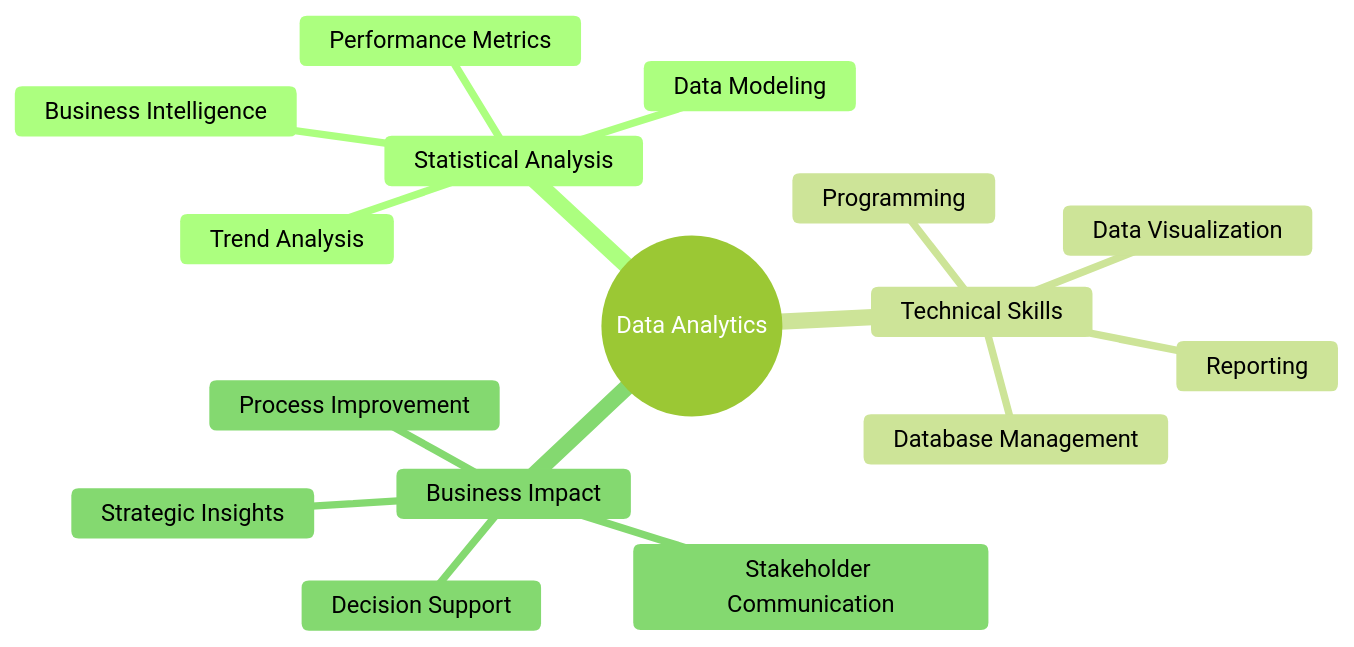
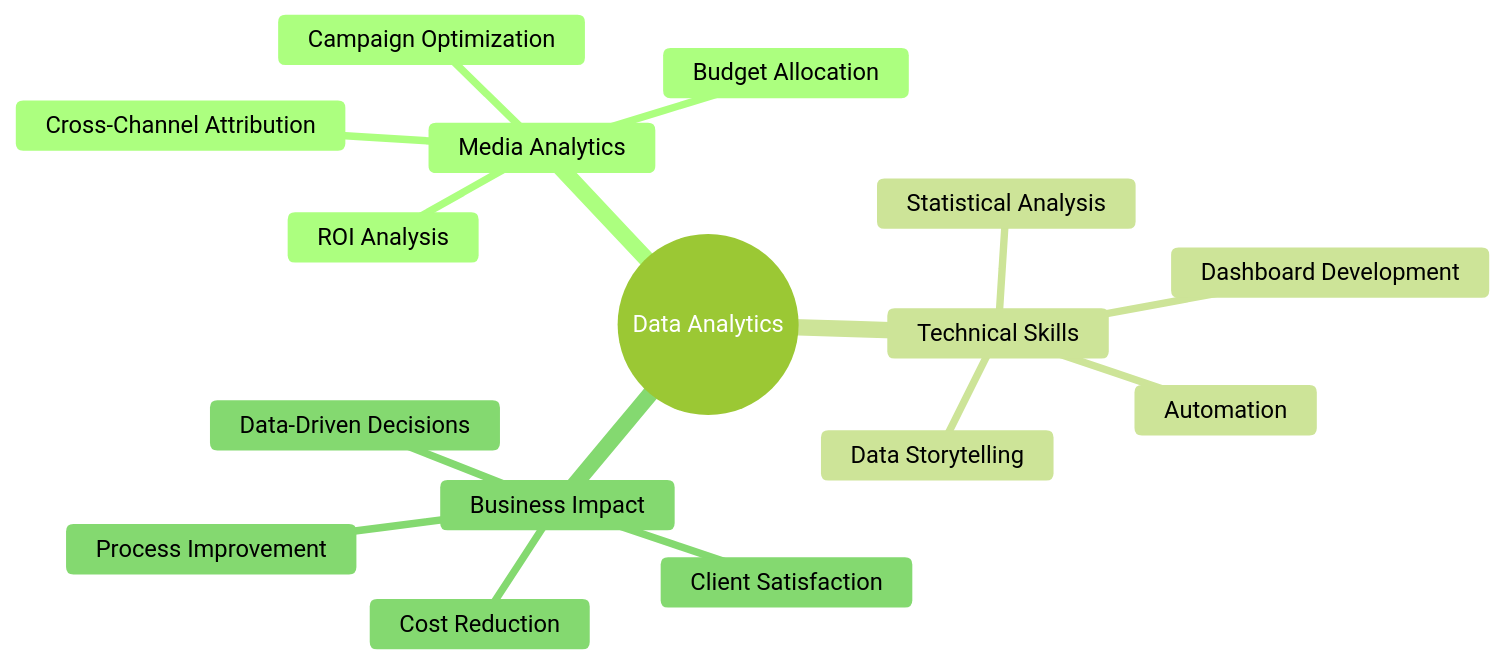
One commit to NihaalShameem/NihaalShameem changed the diagram in README.md. Above: the diagram before and after it, drawn with Mermaid (forest theme). The commit also changed other lines of this file, not shown here.

````diff
--- a/README.md
+++ b/README.md
@@ -66,19 +67,19 @@
 ```mermaid
 mindmap
   root((Data Analytics))
-    Statistical Analysis
-      Data Modeling
-      Trend Analysis
-      Performance Metrics
-      Business Intelligence
+    Media Analytics
+      Campaign Optimization
+      Budget Allocation
+      ROI Analysis
+      Cross-Channel Attribution
     Technical Skills
-      Data Visualization
-      Database Management
-      Programming
-      Reporting
+      Statistical Analysis
+      Data Storytelling
+      Automation
+      Dashboard Development
     Business Impact
-      Strategic Insights
-      Decision Support
+      Cost Reduction
       Process Improvement
-      Stakeholder Communication
+      Client Satisfaction
+      Data-Driven Decisions
 ```
````
